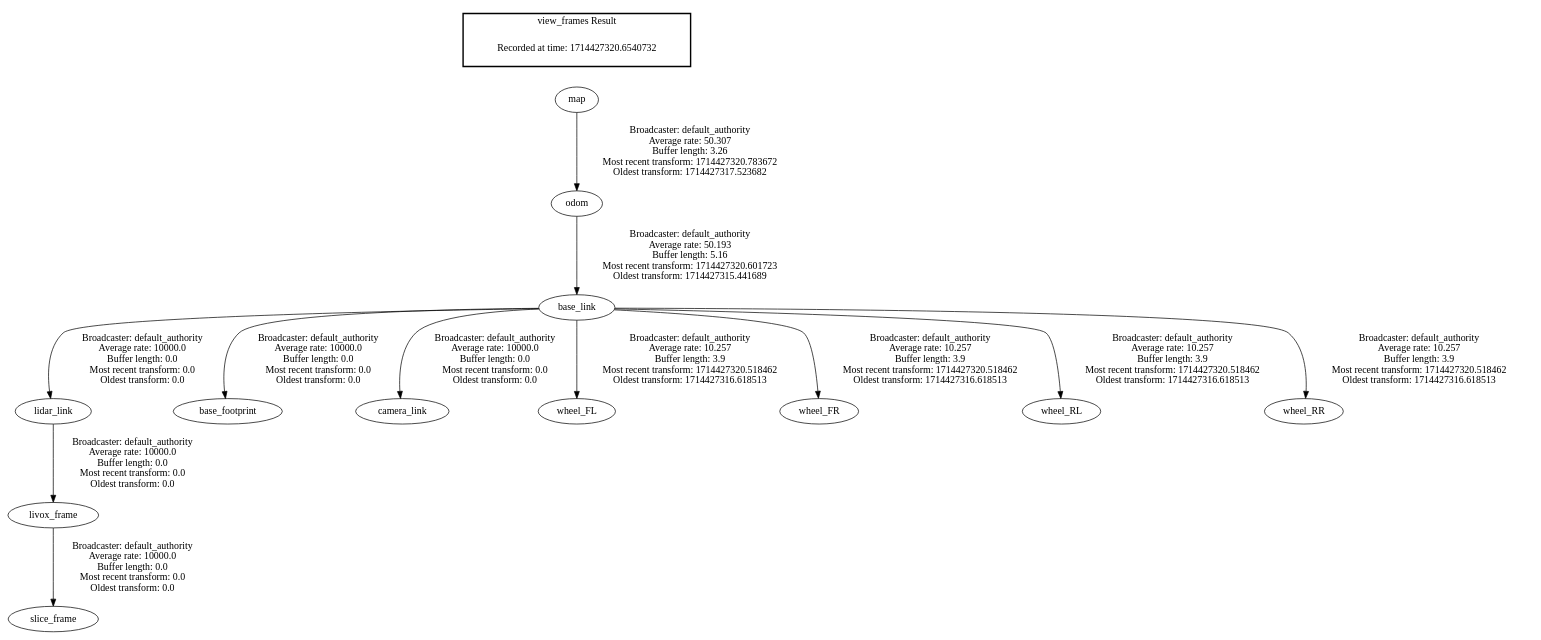
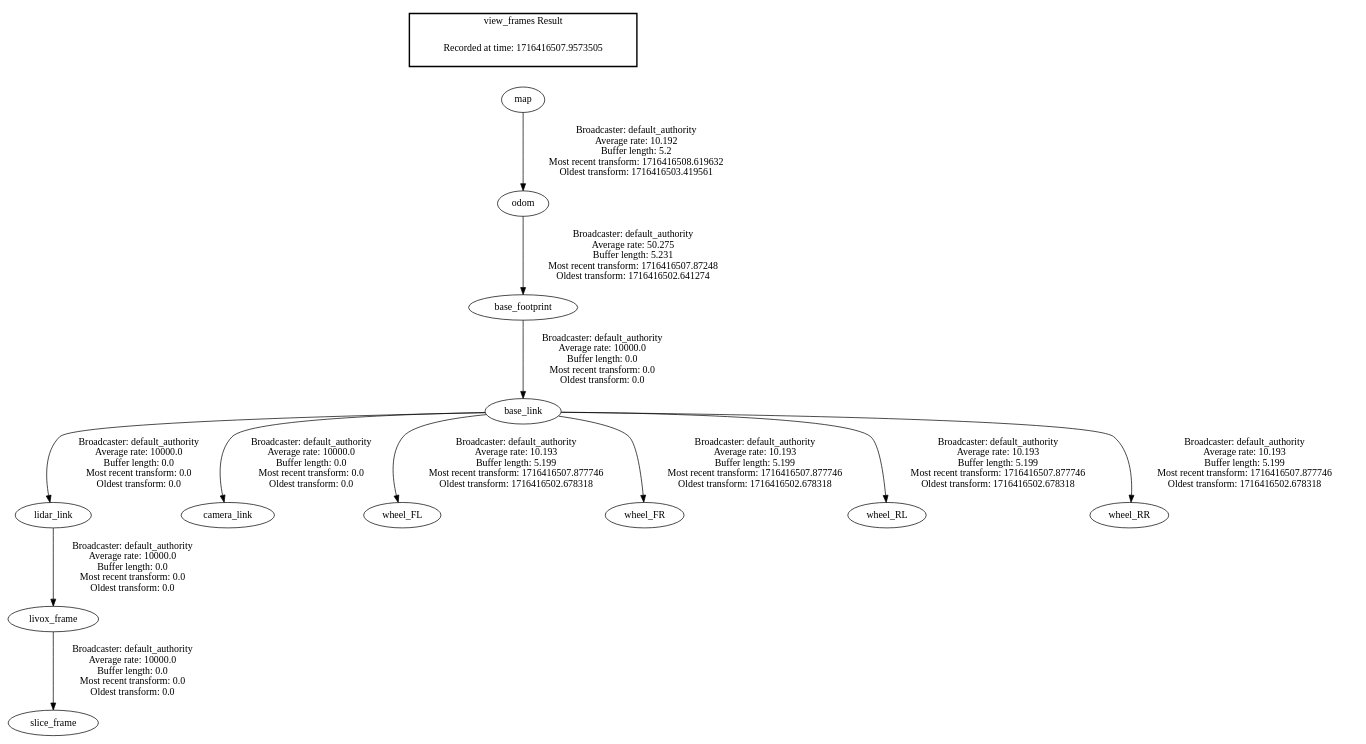
One commit to Triton-AI/robocar changed the diagram in src/launch/basestation_launch/ros_data/frames/frames.gv. Above: the diagram before and after it, drawn with Graphviz. The commit also changed 2 other files, not shown here.

Commit message:
minor fix, restructure tf tree: `odom` -> `base_footprint` -> `base_link` -> ...

```diff
--- a/src/launch/basestation_launch/ros_data/frames/frames.gv
+++ b/src/launch/basestation_launch/ros_data/frames/frames.gv
@@ -1,17 +1,17 @@
 digraph G {
-"odom" -> "base_link"[label=" Broadcaster: default_authority\nAverage rate: 50.193\nBuffer length: 5.16\nMost recent transform: 1714427320.601723\nOldest transform: 1714427315.441689\n"];
-"map" -> "odom"[label=" Broadcaster: default_authority\nAverage rate: 50.307\nBuffer length: 3.26\nMost recent transform: 1714427320.783672\nOldest transform: 1714427317.523682\n"];
+"odom" -> "base_footprint"[label=" Broadcaster: default_authority\nAverage rate: 50.275\nBuffer length: 5.231\nMost recent transform: 1716416507.87248\nOldest transform: 1716416502.641274\n"];
+"map" -> "odom"[label=" Broadcaster: default_authority\nAverage rate: 10.192\nBuffer length: 5.2\nMost recent transform: 1716416508.619632\nOldest transform: 1716416503.419561\n"];
+"lidar_link" -> "livox_frame"[label=" Broadcaster: default_authority\nAverage rate: 10000.0\nBuffer length: 0.0\nMost recent transform: 0.0\nOldest transform: 0.0\n"];
+"base_link" -> "lidar_link"[label=" Broadcaster: default_authority\nAverage rate: 10000.0\nBuffer length: 0.0\nMost recent transform: 0.0\nOldest transform: 0.0\n"];
 "livox_frame" -> "slice_frame"[label=" Broadcaster: default_authority\nAverage rate: 10000.0\nBuffer length: 0.0\nMost recent transform: 0.0\nOldest transform: 0.0\n"];
-"lidar_link" -> "livox_frame"[label=" Broadcaster: default_authority\nAverage rate: 10000.0\nBuffer length: 0.0\nMost recent transform: 0.0\nOldest transform: 0.0\n"];
-"base_link" -> "base_footprint"[label=" Broadcaster: default_authority\nAverage rate: 10000.0\nBuffer length: 0.0\nMost recent transform: 0.0\nOldest transform: 0.0\n"];
+"base_footprint" -> "base_link"[label=" Broadcaster: default_authority\nAverage rate: 10000.0\nBuffer length: 0.0\nMost recent transform: 0.0\nOldest transform: 0.0\n"];
 "base_link" -> "camera_link"[label=" Broadcaster: default_authority\nAverage rate: 10000.0\nBuffer length: 0.0\nMost recent transform: 0.0\nOldest transform: 0.0\n"];
-"base_link" -> "lidar_link"[label=" Broadcaster: default_authority\nAverage rate: 10000.0\nBuffer length: 0.0\nMost recent transform: 0.0\nOldest transform: 0.0\n"];
-"base_link" -> "wheel_FL"[label=" Broadcaster: default_authority\nAverage rate: 10.257\nBuffer length: 3.9\nMost recent transform: 1714427320.518462\nOldest transform: 1714427316.618513\n"];
-"base_link" -> "wheel_FR"[label=" Broadcaster: default_authority\nAverage rate: 10.257\nBuffer length: 3.9\nMost recent transform: 1714427320.518462\nOldest transform: 1714427316.618513\n"];
-"base_link" -> "wheel_RL"[label=" Broadcaster: default_authority\nAverage rate: 10.257\nBuffer length: 3.9\nMost recent transform: 1714427320.518462\nOldest transform: 1714427316.618513\n"];
-"base_link" -> "wheel_RR"[label=" Broadcaster: default_authority\nAverage rate: 10.257\nBuffer length: 3.9\nMost recent transform: 1714427320.518462\nOldest transform: 1714427316.618513\n"];
+"base_link" -> "wheel_FL"[label=" Broadcaster: default_authority\nAverage rate: 10.193\nBuffer length: 5.199\nMost recent transform: 1716416507.877746\nOldest transform: 1716416502.678318\n"];
+"base_link" -> "wheel_FR"[label=" Broadcaster: default_authority\nAverage rate: 10.193\nBuffer length: 5.199\nMost recent transform: 1716416507.877746\nOldest transform: 1716416502.678318\n"];
+"base_link" -> "wheel_RL"[label=" Broadcaster: default_authority\nAverage rate: 10.193\nBuffer length: 5.199\nMost recent transform: 1716416507.877746\nOldest transform: 1716416502.678318\n"];
+"base_link" -> "wheel_RR"[label=" Broadcaster: default_authority\nAverage rate: 10.193\nBuffer length: 5.199\nMost recent transform: 1716416507.877746\nOldest transform: 1716416502.678318\n"];
 edge [style=invis];
  subgraph cluster_legend { style=bold; color=black; label ="view_frames Result";
-"Recorded at time: 1714427320.6540732"[ shape=plaintext ] ;
+"Recorded at time: 1716416507.9573505"[ shape=plaintext ] ;
 }->"map";
 }
```
